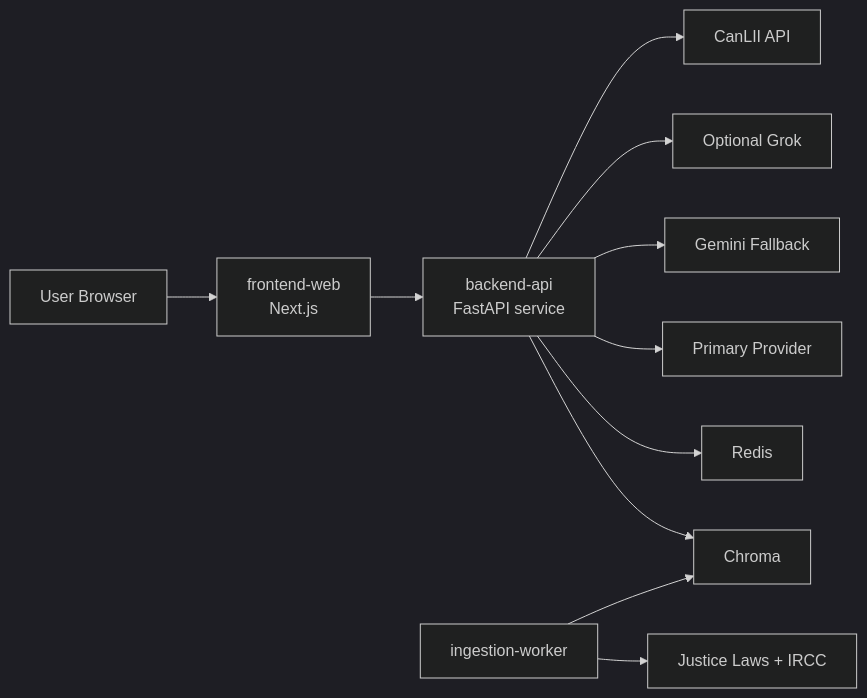
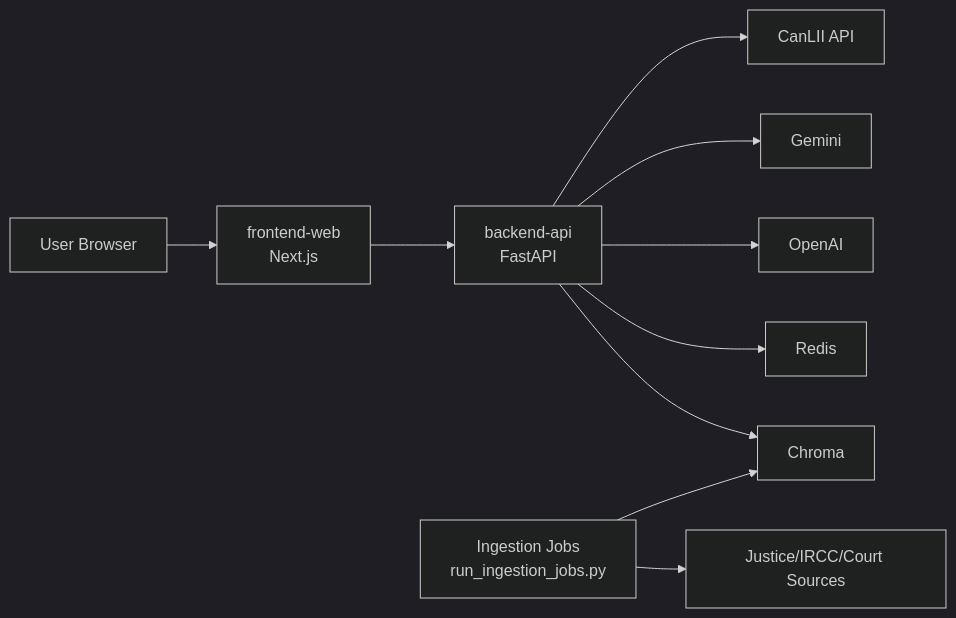
One commit to anamanlab/lawglance changed the diagram in docs/architecture/02-container-and-service-architecture.md. Above: the diagram before and after it, drawn with Mermaid (dark theme). The commit also changed other lines of this file and 22 other files, not shown here.

Commit message:
feat(docs): add docs maintenance automation and architecture refresh

````diff
--- a/docs/architecture/02-container-and-service-architecture.md
+++ b/docs/architecture/02-container-and-service-architecture.md
@@ -50,13 +53,14 @@
 ```mermaid
 graph LR
     U[User Browser] --> FE[frontend-web\nNext.js]
-    FE --> API[backend-api\nFastAPI service]
+    FE --> API[backend-api\nFastAPI]
+
     API --> VEC[Chroma]
     API --> REDIS[Redis]
-    API --> OAI[Primary Provider]
-    API --> GEM[Gemini Fallback]
-    API --> GX[Optional Grok]
+    API --> OAI[OpenAI]
+    API --> GEM[Gemini]
     API --> CANLII[CanLII API]
-    ING[ingestion-worker] --> SRC[Justice Laws + IRCC]
+
+    ING[Ingestion Jobs\nrun_ingestion_jobs.py] --> SRC[Justice/IRCC/Court Sources]
     ING --> VEC
 ```
````
